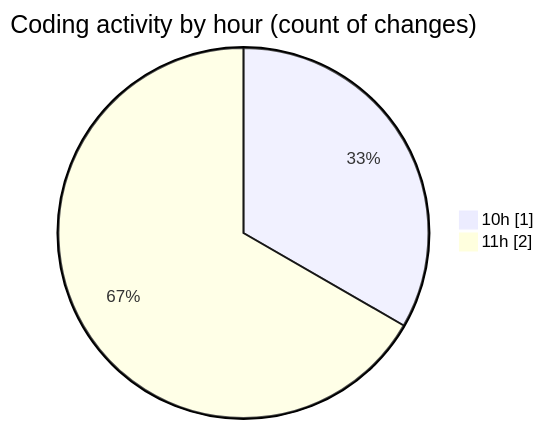
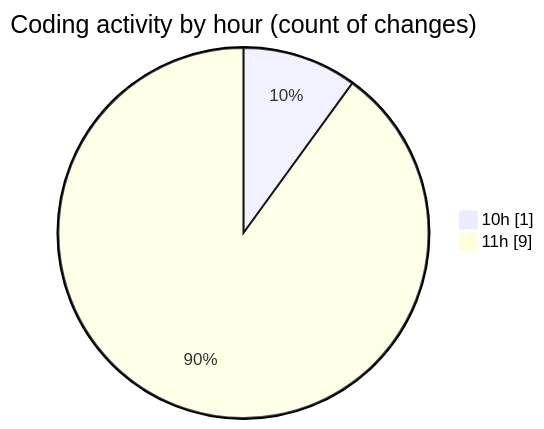
Before and after one commit to nxtqubesakshisongat/code-tracking: the second of 2 diagrams in 2025-06-25/nxtqube_webapp/README.md, drawn with Mermaid. The commit also changed other lines of this file and 1 other file, not shown here.

````diff
--- a/2025-06-25/nxtqube_webapp/README.md
+++ b/2025-06-25/nxtqube_webapp/README.md
@@ -30,6 +31,6 @@
 ```mermaid
 pie showData
 title Coding activity by hour (count of changes)
 "10h" : 1
-"11h" : 2
+"11h" : 9
 ```
````
